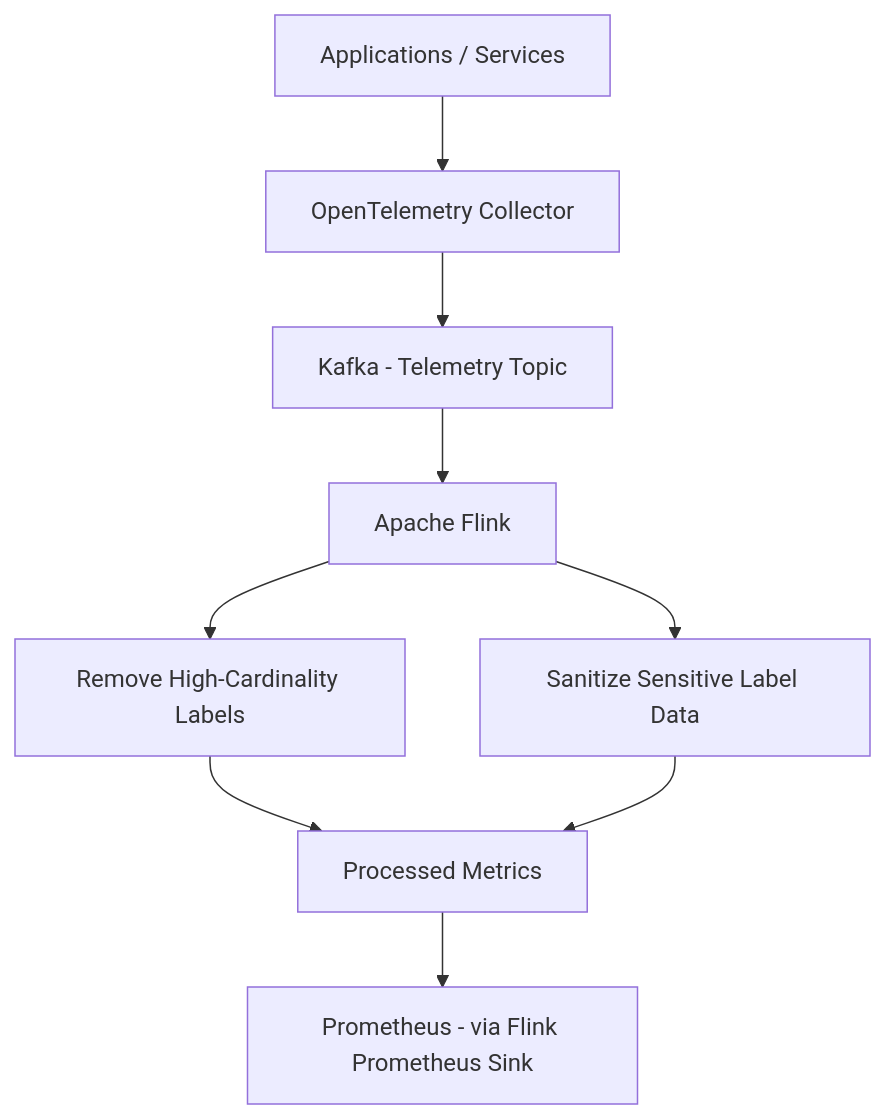
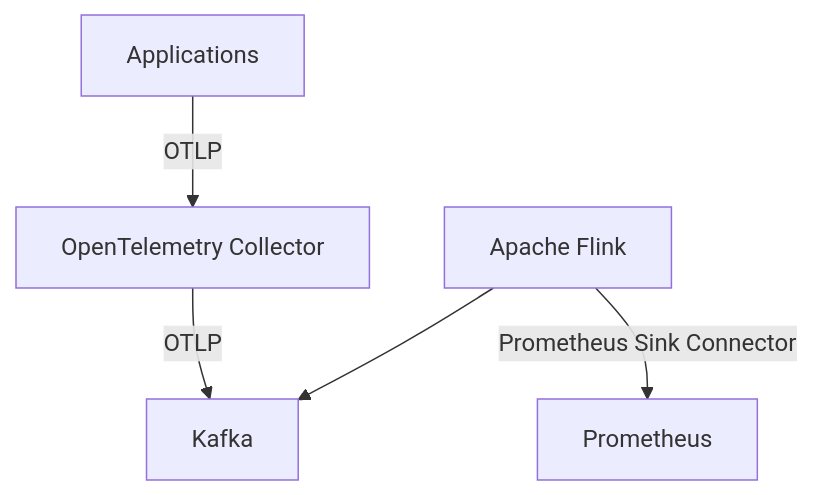
The diagram in content/007/README.md (apolzek/shared), drawn with Mermaid before and after one commit. The commit also changed other lines of this file and 63 other files, not shown here.

````diff
--- a/content/007/README.md
+++ b/content/007/README.md
@@ -11,11 +110,7 @@
 ```mermaid
 graph TD
-    A[Applications / Services] --> B[OpenTelemetry Collector]
-    B --> C[Kafka - Telemetry Topic]
-    C --> D[Apache Flink]
-    D --> D1[Remove High-Cardinality Labels]
-    D --> D2[Sanitize Sensitive Label Data]
-    D1 --> E[Processed Metrics]
-    D2 --> E
-    E --> F[Prometheus - via Flink Prometheus Sink]
+    A[Applications] --OTLP--> B[OpenTelemetry Collector]
+    B --OTLP--> C[Kafka]
+    D[Apache Flink] --> C
+    D --Prometheus Sink Connector--> E[Prometheus]
 ```
````
